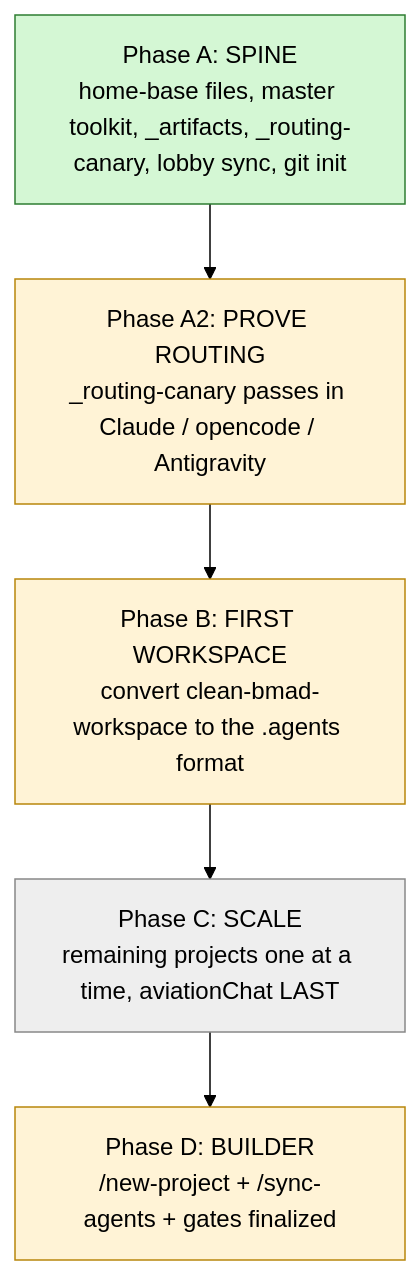
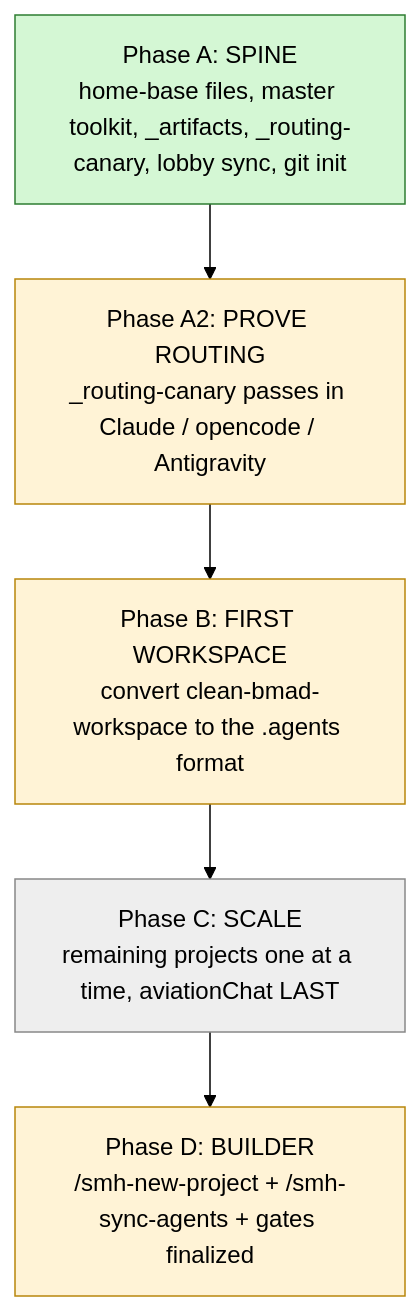
The seventh of 7 diagrams in docs/_scc_sops_prds/complete-system-overview.md (sudomadhatter/Sudo_Hatter_Command), drawn with Mermaid (forest theme) before and after one commit. The commit also changed other lines of this file and 42 other files, not shown here.

````diff
--- a/docs/_scc_sops_prds/complete-system-overview.md
+++ b/docs/_scc_sops_prds/complete-system-overview.md
@@ -193,15 +199,15 @@
 ```mermaid
 flowchart TD
     A["Phase A: SPINE\nhome-base files, master toolkit, _artifacts, _routing-canary, lobby sync, git init"]
     A --> A2["Phase A2: PROVE ROUTING\n_routing-canary passes in Claude / opencode / Antigravity"]
     A2 --> B["Phase B: FIRST WORKSPACE\nconvert clean-bmad-workspace to the .agents format"]
     B --> C["Phase C: SCALE\nremaining projects one at a time, aviationChat LAST"]
-    C --> D["Phase D: BUILDER\n/new-project + /sync-agents + gates finalized"]
+    C --> D["Phase D: BUILDER\n/smh-new-project + /smh-sync-agents + gates finalized"]
 
     classDef done fill:#d4f7d4,stroke:#2e7d32,color:#000
     classDef prog fill:#fff3d6,stroke:#b8860b,color:#000
     classDef pend fill:#eeeeee,stroke:#888888,color:#000
     class A done
     class A2,B,D prog
     class C pend
 ```
````
